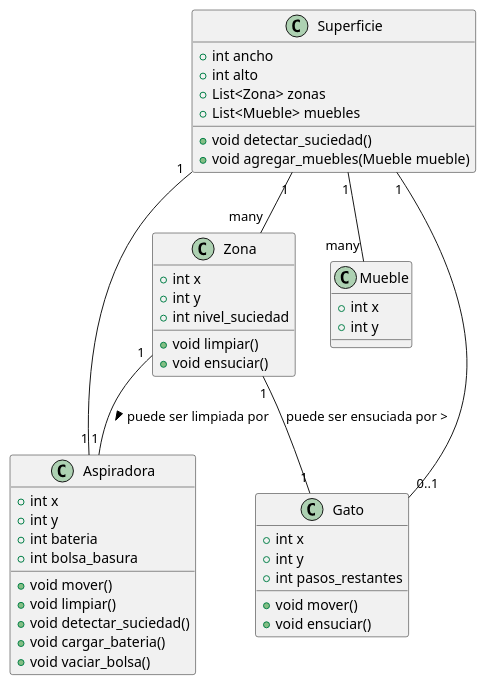
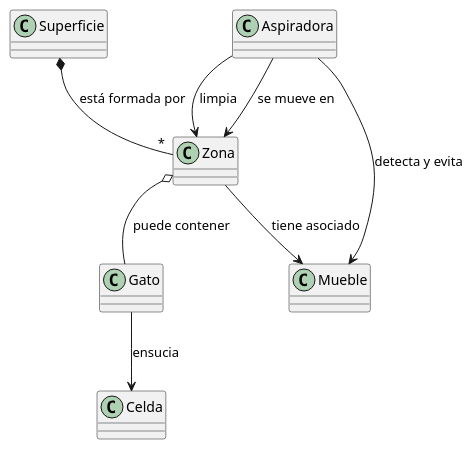
Before and after one commit to mmasias/24-25-IdSw2-SDD: the diagram in modelosUML/DiagramaClases.puml, drawn with PlantUML.

Commit message:
Update DiagramaClases.puml
Diagrama de Clases

```diff
--- a/modelosUML/DiagramaClases.puml
+++ b/modelosUML/DiagramaClases.puml
@@ -1,50 +1,30 @@
 @startuml
+
 class Superficie {
-  + int ancho
-  + int alto
-  + List<Zona> zonas
-  + List<Mueble> muebles
-  + void detectar_suciedad()
-  + void agregar_muebles(Mueble mueble)
 }
 
+
 class Zona {
-  + int x
-  + int y
-  + int nivel_suciedad
-  + void limpiar()
-  + void ensuciar()
+   
 }
 
 class Aspiradora {
-  + int x
-  + int y
-  + int bateria
-  + int bolsa_basura
-  + void mover()
-  + void limpiar()
-  + void detectar_suciedad()
-  + void cargar_bateria()
-  + void vaciar_bolsa()
+  
 }
 
 class Mueble {
-  + int x
-  + int y
 }
 
 class Gato {
-  + int x
-  + int y
-  + int pasos_restantes
-  + void mover()
-  + void ensuciar()
 }
+Superficie *-- "*" Zona : "está formada por"  
+Zona o--  Gato : " puede contener"
 
-Superficie "1" -- "many" Zona
-Superficie "1" -- "many" Mueble
-Superficie "1" -- "1" Aspiradora
-Superficie "1" -- "0..1" Gato
-Zona "1" -- "1" Aspiradora : puede ser limpiada por >
-Zona "1" -- "1" Gato : puede ser ensuciada por >
+Aspiradora --> Zona : "se mueve en"
+Aspiradora --> Zona : "limpia"
+Aspiradora --> Mueble : "detecta y evita"
+Zona -->  Mueble : "tiene asociado"
+
+Gato --> Celda : "ensucia"
+
 @enduml
```
